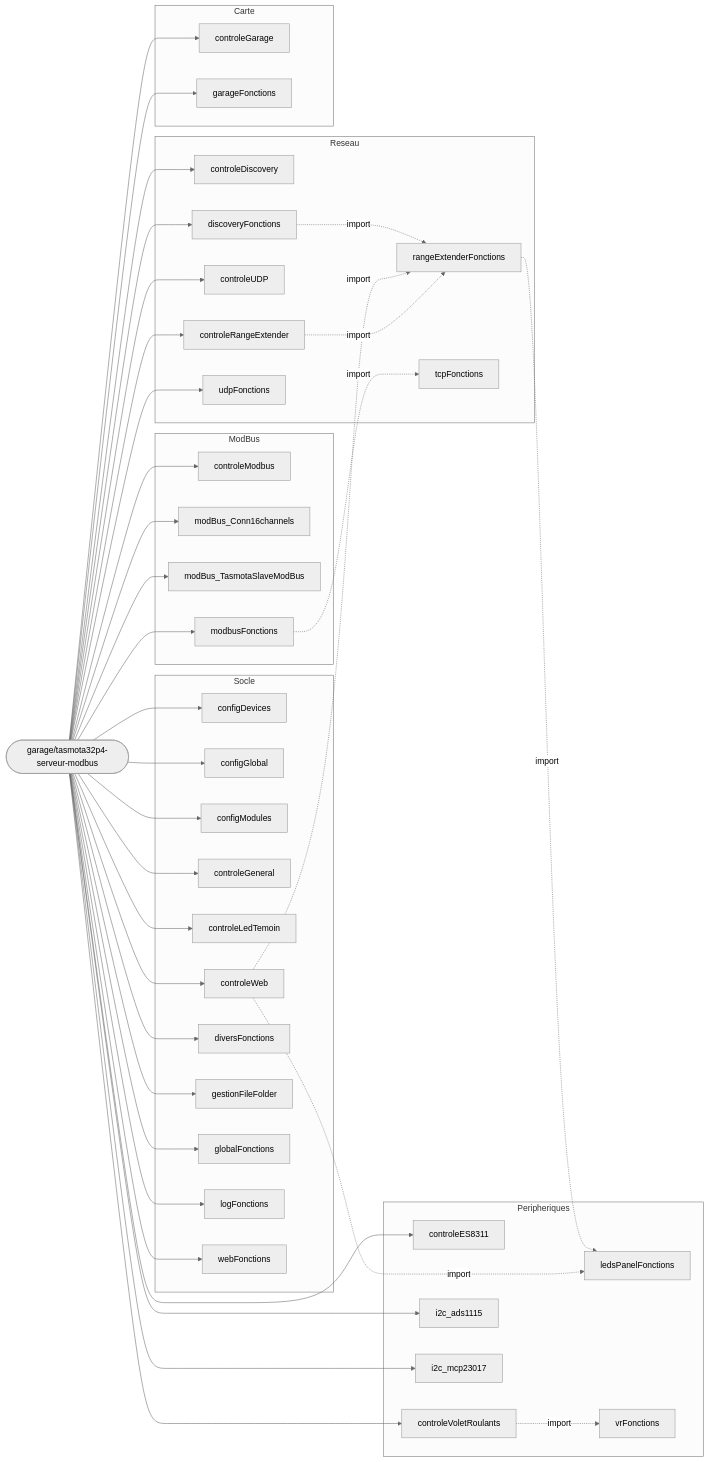
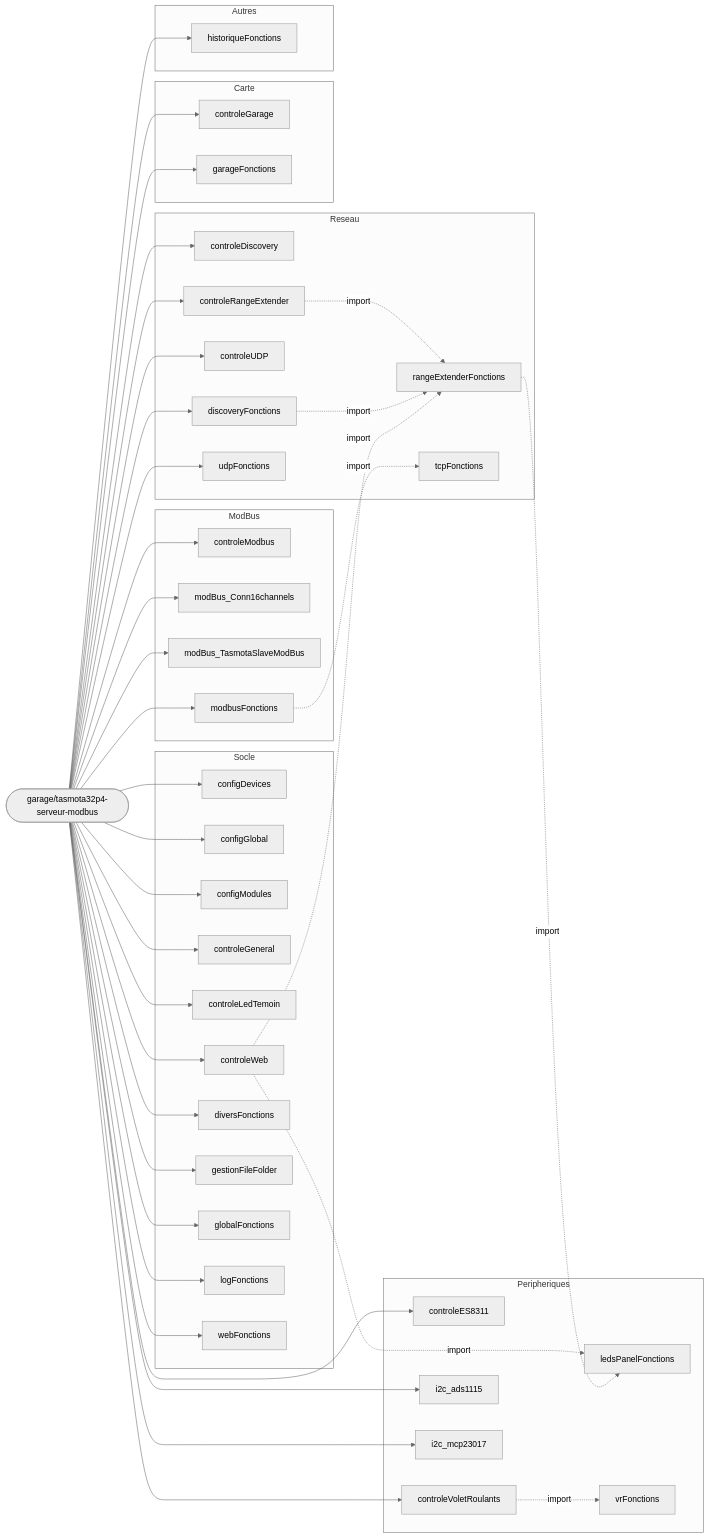
Before and after one commit to fdaubercy/Tasmota: the fifth of 8 diagrams in outils_docs/CARTE_MODULES_BERRY.md, drawn with Mermaid (neutral theme). The commit also changed other lines of this file and 11 other files, not shown here.

First line of the commit message:
refactor: module LED RGB renomme ledsFonctions / controleLeds

````diff
--- a/outils_docs/CARTE_MODULES_BERRY.md
+++ b/outils_docs/CARTE_MODULES_BERRY.md
@@ -381,77 +396,81 @@
 ```mermaid
 flowchart LR
     CARTE(["garage/tasmota32p4-serveur-modbus"])
     subgraph g_Socle["Socle"]
         m_configDevices["configDevices"]
         m_configGlobal["configGlobal"]
         m_configModules["configModules"]
         m_controleGeneral["controleGeneral"]
         m_controleLedTemoin["controleLedTemoin"]
         m_controleWeb["controleWeb"]
         m_diversFonctions["diversFonctions"]
         m_gestionFileFolder["gestionFileFolder"]
         m_globalFonctions["globalFonctions"]
         m_logFonctions["logFonctions"]
         m_webFonctions["webFonctions"]
     end
     subgraph g_Reseau["Reseau"]
         m_controleDiscovery["controleDiscovery"]
         m_controleRangeExtender["controleRangeExtender"]
         m_controleUDP["controleUDP"]
         m_discoveryFonctions["discoveryFonctions"]
         m_rangeExtenderFonctions["rangeExtenderFonctions"]
         m_tcpFonctions["tcpFonctions"]
         m_udpFonctions["udpFonctions"]
     end
     subgraph g_ModBus["ModBus"]
         m_controleModbus["controleModbus"]
         m_modBus_Conn16channels["modBus_Conn16channels"]
         m_modBus_TasmotaSlaveModBus["modBus_TasmotaSlaveModBus"]
         m_modbusFonctions["modbusFonctions"]
     end
     subgraph g_Peripheriques["Peripheriques"]
         m_controleES8311["controleES8311"]
         m_controleVoletRoulants["controleVoletRoulants"]
         m_i2c_ads1115["i2c_ads1115"]
         m_i2c_mcp23017["i2c_mcp23017"]
         m_ledsPanelFonctions["ledsPanelFonctions"]
         m_vrFonctions["vrFonctions"]
     end
     subgraph g_Carte["Carte"]
         m_controleGarage["controleGarage"]
         m_garageFonctions["garageFonctions"]
     end
+    subgraph g_Autres["Autres"]
+        m_historiqueFonctions["historiqueFonctions"]
+    end
     CARTE --> m_configDevices
     CARTE --> m_configGlobal
     CARTE --> m_configModules
     CARTE --> m_controleGeneral
     CARTE --> m_controleLedTemoin
     CARTE --> m_controleWeb
     CARTE --> m_diversFonctions
     CARTE --> m_gestionFileFolder
     CARTE --> m_globalFonctions
     CARTE --> m_logFonctions
     CARTE --> m_webFonctions
     CARTE --> m_controleDiscovery
     CARTE --> m_controleRangeExtender
     CARTE --> m_controleUDP
     CARTE --> m_discoveryFonctions
-    m_controleRangeExtender -.->|import| m_rangeExtenderFonctions
     m_controleWeb -.->|import| m_rangeExtenderFonctions
     m_discoveryFonctions -.->|import| m_rangeExtenderFonctions
+    m_controleRangeExtender -.->|import| m_rangeExtenderFonctions
     m_modbusFonctions -.->|import| m_tcpFonctions
     CARTE --> m_udpFonctions
     CARTE --> m_controleModbus
     CARTE --> m_modBus_Conn16channels
     CARTE --> m_modBus_TasmotaSlaveModBus
     CARTE --> m_modbusFonctions
     CARTE --> m_controleES8311
     CARTE --> m_controleVoletRoulants
     CARTE --> m_i2c_ads1115
     CARTE --> m_i2c_mcp23017
+    m_rangeExtenderFonctions -.->|import| m_ledsPanelFonctions
     m_controleWeb -.->|import| m_ledsPanelFonctions
-    m_rangeExtenderFonctions -.->|import| m_ledsPanelFonctions
     m_controleVoletRoulants -.->|import| m_vrFonctions
     CARTE --> m_controleGarage
     CARTE --> m_garageFonctions
+    CARTE --> m_historiqueFonctions
 ```
````
